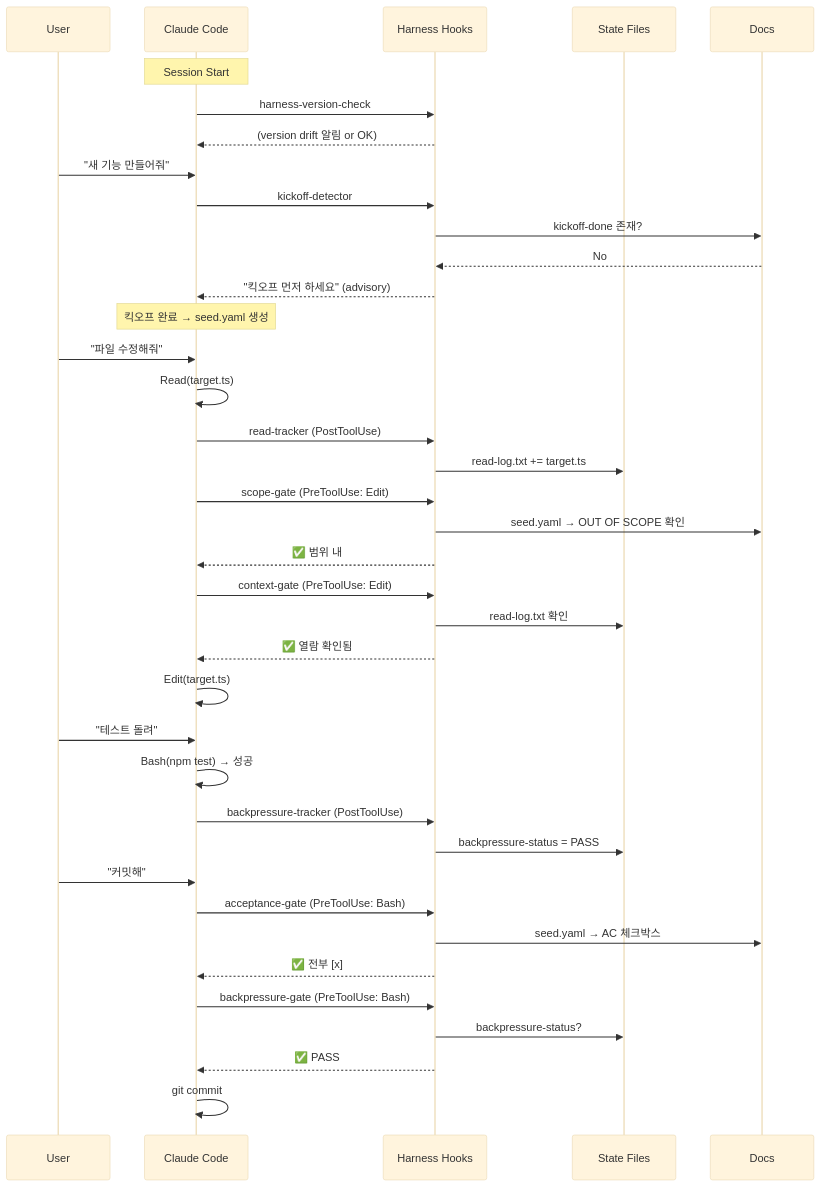
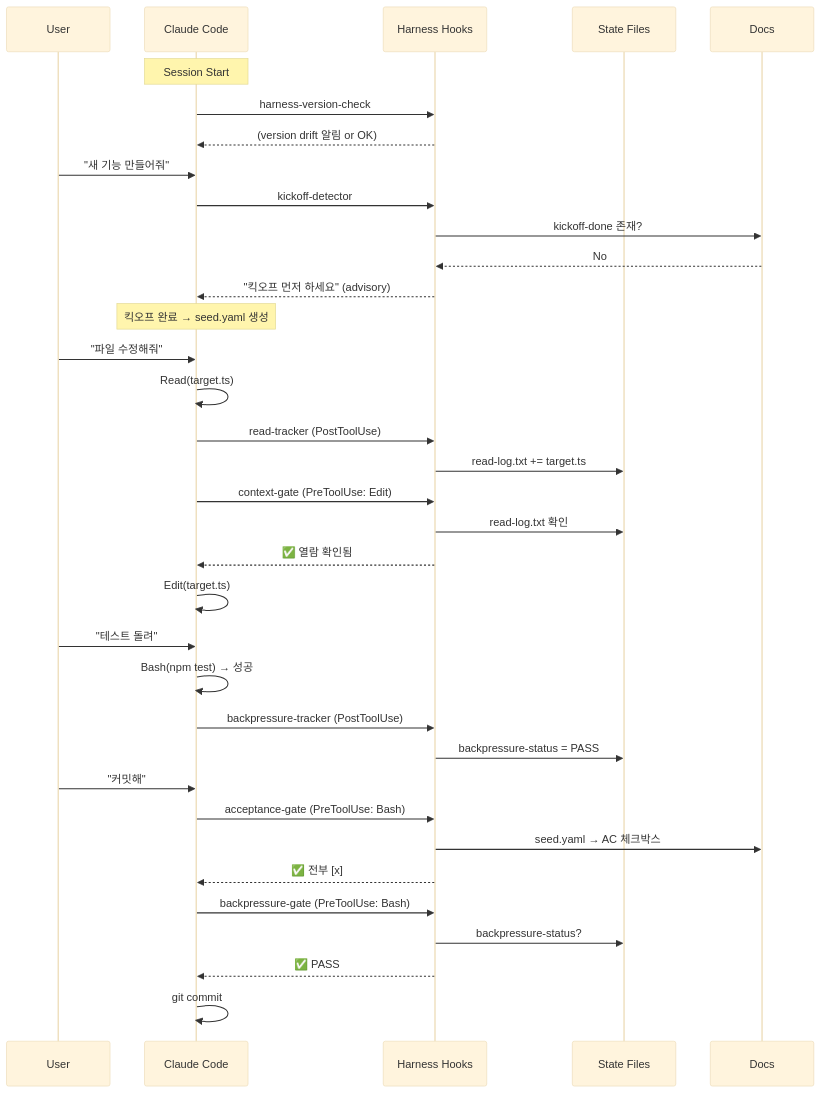
One commit to rae-hugo-kim/claude changed the fourth of 7 diagrams in docs/architecture/harness-architecture.md. Above: the diagram before and after it, drawn with Mermaid (base theme). The commit also changed other lines of this file and 17 other files, not shown here.

````diff
--- a/docs/architecture/harness-architecture.md
+++ b/docs/architecture/harness-architecture.md
@@ -153,49 +147,45 @@
 ```mermaid
 sequenceDiagram
     participant U as User
     participant CC as Claude Code
     participant H as Harness Hooks
     participant S as State Files
     participant D as Docs
 
     Note over CC: Session Start
     CC->>H: harness-version-check
     H-->>CC: (version drift 알림 or OK)
 
     U->>CC: "새 기능 만들어줘"
     CC->>H: kickoff-detector
     H->>D: kickoff-done 존재?
     D-->>H: No
     H-->>CC: "킥오프 먼저 하세요" (advisory)
 
     Note over CC: 킥오프 완료 → seed.yaml 생성
 
     U->>CC: "파일 수정해줘"
     CC->>CC: Read(target.ts)
     CC->>H: read-tracker (PostToolUse)
     H->>S: read-log.txt += target.ts
 
-    CC->>H: scope-gate (PreToolUse: Edit)
-    H->>D: seed.yaml → OUT OF SCOPE 확인
-    H-->>CC: ✅ 범위 내
-
     CC->>H: context-gate (PreToolUse: Edit)
     H->>S: read-log.txt 확인
     H-->>CC: ✅ 열람 확인됨
     CC->>CC: Edit(target.ts)
 
     U->>CC: "테스트 돌려"
     CC->>CC: Bash(npm test) → 성공
     CC->>H: backpressure-tracker (PostToolUse)
     H->>S: backpressure-status = PASS
 
     U->>CC: "커밋해"
     CC->>H: acceptance-gate (PreToolUse: Bash)
     H->>D: seed.yaml → AC 체크박스
     H-->>CC: ✅ 전부 [x]
 
     CC->>H: backpressure-gate (PreToolUse: Bash)
     H->>S: backpressure-status?
     H-->>CC: ✅ PASS
     CC->>CC: git commit
 ```
````
